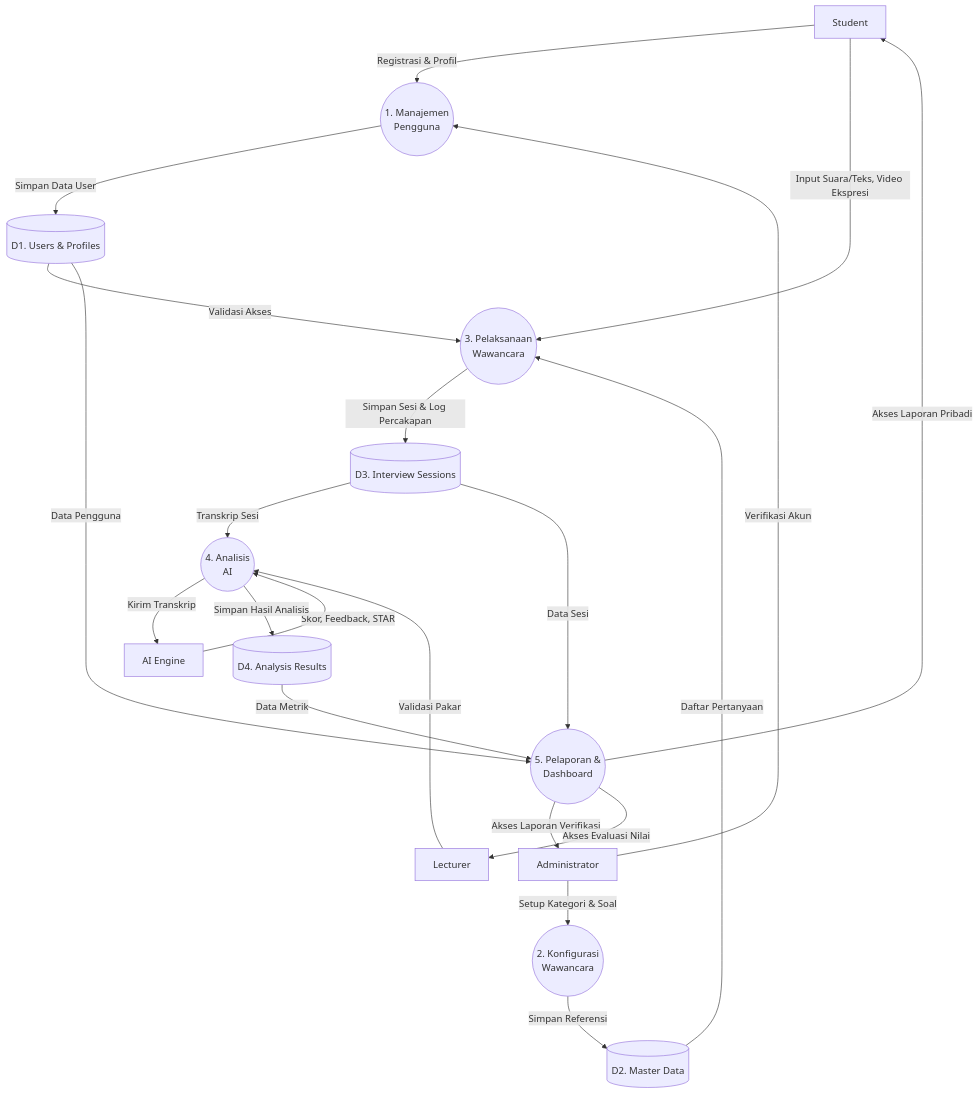
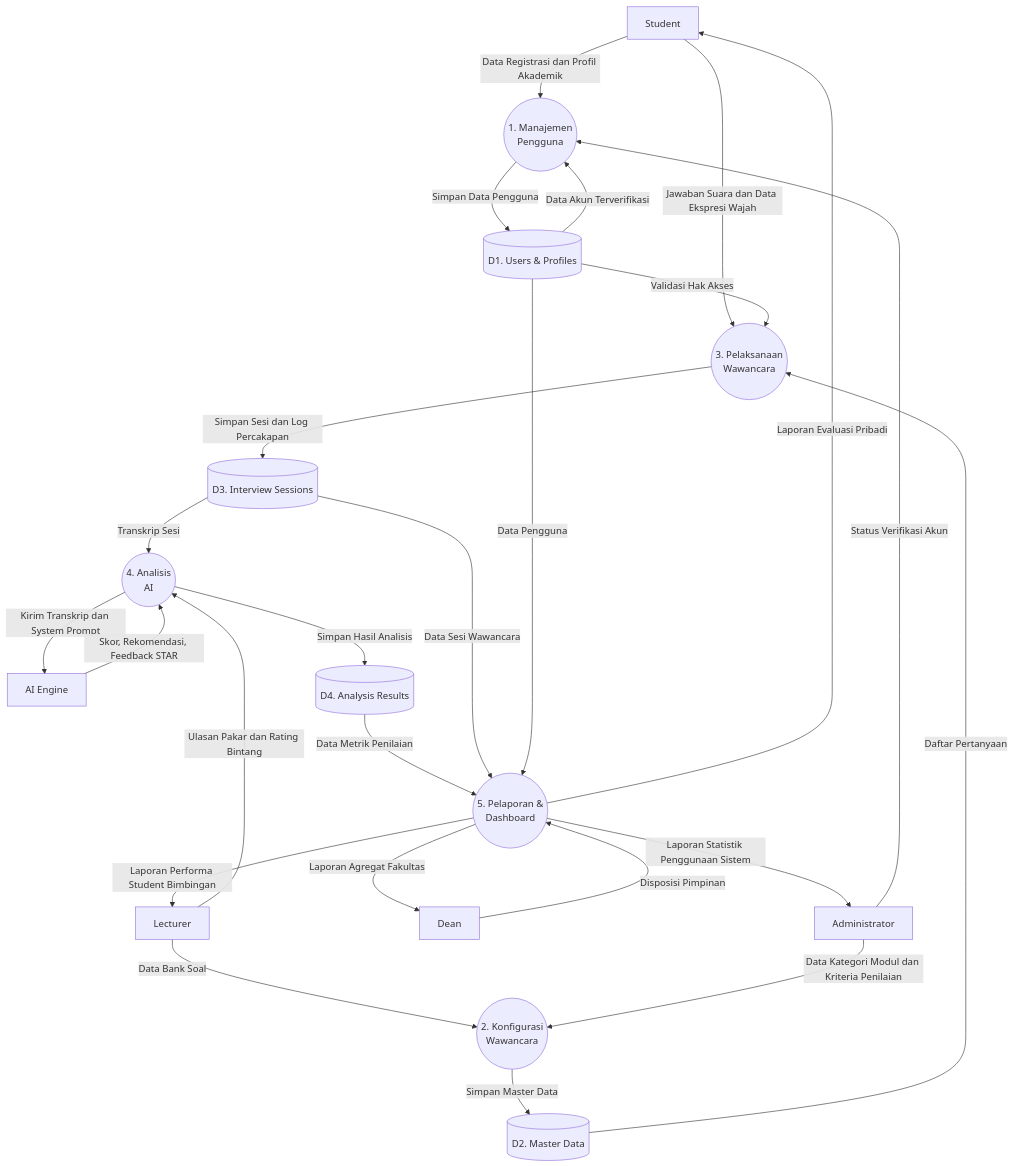
Before and after one commit to vugn/intervox: the fourth of 37 diagrams in bab3.md, drawn with Mermaid. The commit also changed other lines of this file and 2 other files, not shown here.

First line of the commit message:
docs: update DFD diagrams and add implementation chapter documentation

````diff
--- a/bab3.md
+++ b/bab3.md
@@ -181,43 +185,48 @@
 ```mermaid
 graph TD
     ST["Student"]
+    LC["Lecturer"]
+    DN["Dean"]
     AD["Administrator"]
-    LC["Lecturer"]
     AI["AI Engine"]
 
     P1(("1. Manajemen<br>Pengguna"))
     P2(("2. Konfigurasi<br>Wawancara"))
     P3(("3. Pelaksanaan<br>Wawancara"))
     P4(("4. Analisis<br>AI"))
     P5(("5. Pelaporan &<br>Dashboard"))
 
     D1[("D1. Users & Profiles")]
     D2[("D2. Master Data")]
     D3[("D3. Interview Sessions")]
     D4[("D4. Analysis Results")]
 
-    ST -->|Registrasi & Profil| P1
-    AD -->|Verifikasi Akun| P1
-    P1 -->|Simpan Data User| D1
+    ST -->|Data Registrasi dan Profil Akademik| P1
+    AD -->|Status Verifikasi Akun| P1
+    P1 -->|Simpan Data Pengguna| D1
+    D1 -->|Data Akun Terverifikasi| P1
 
-    AD -->|Setup Kategori & Soal| P2
-    P2 -->|Simpan Referensi| D2
+    LC -->|Data Bank Soal| P2
+    AD -->|Data Kategori Modul dan Kriteria Penilaian| P2
+    P2 -->|Simpan Master Data| D2
 
-    ST -->|Input Suara/Teks, Video Ekspresi| P3
+    ST -->|Jawaban Suara dan Data Ekspresi Wajah| P3
     D2 -->|Daftar Pertanyaan| P3
-    D1 -->|Validasi Akses| P3
-    P3 -->|Simpan Sesi & Log Percakapan| D3
+    D1 -->|Validasi Hak Akses| P3
+    P3 -->|Simpan Sesi dan Log Percakapan| D3
 
     D3 -->|Transkrip Sesi| P4
-    P4 -->|Kirim Transkrip| AI
-    AI -->|Skor, Feedback, STAR| P4
-    LC -->|Validasi Pakar| P4
+    P4 -->|Kirim Transkrip dan System Prompt| AI
+    AI -->|Skor, Rekomendasi, Feedback STAR| P4
+    LC -->|Ulasan Pakar dan Rating Bintang| P4
     P4 -->|Simpan Hasil Analisis| D4
 
-    D4 -->|Data Metrik| P5
-    D3 -->|Data Sesi| P5
+    D4 -->|Data Metrik Penilaian| P5
+    D3 -->|Data Sesi Wawancara| P5
     D1 -->|Data Pengguna| P5
-    P5 -->|Akses Laporan Pribadi| ST
-    P5 -->|Akses Laporan Verifikasi| AD
-    P5 -->|Akses Evaluasi Nilai| LC
+    P5 -->|Laporan Evaluasi Pribadi| ST
+    P5 -->|Laporan Performa Student Bimbingan| LC
+    P5 -->|Laporan Agregat Fakultas| DN
+    P5 -->|Laporan Statistik Penggunaan Sistem| AD
+    DN -->|Disposisi Pimpinan| P5
 ```
````
